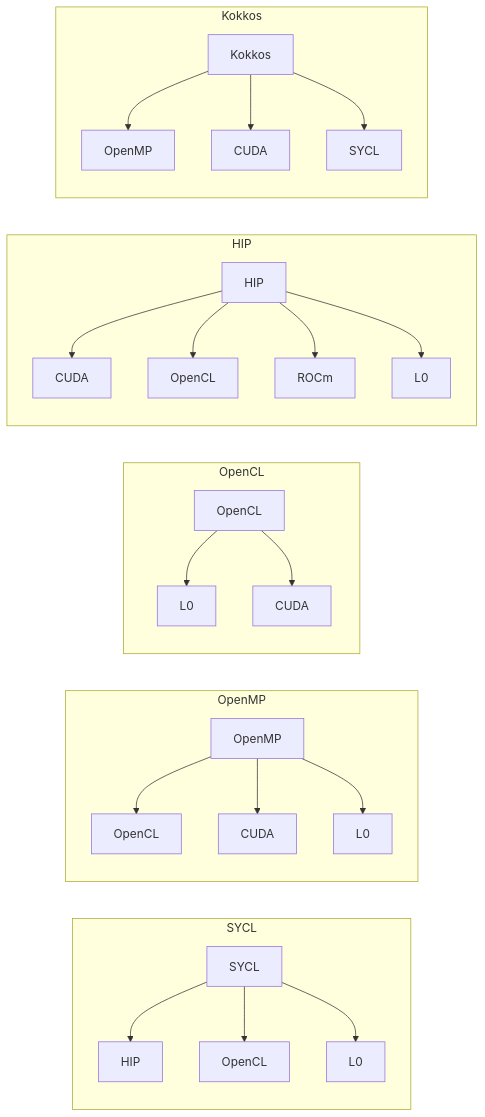
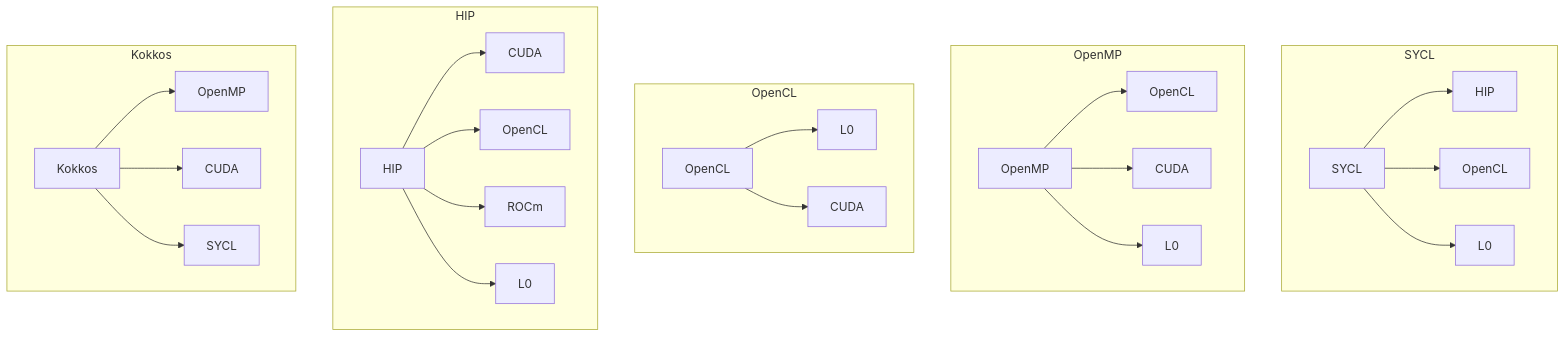
Before and after one commit to DonAurelio/notes: the first of 2 diagrams in slides/2026_TracingIAML/README.md, drawn with Mermaid.

Commit message:
Change flowchart direction in README.md
Updated flowchart direction from LR to TD in README.md.

````diff
--- a/slides/2026_TracingIAML/README.md
+++ b/slides/2026_TracingIAML/README.md
@@ -211,32 +211,32 @@
 ```mermaid
-flowchart LR
+flowchart TD
     subgraph SYCL_group["SYCL"]
         SYCL --> HIP1[HIP]
         SYCL --> OpenCL1[OpenCL]
         SYCL --> L01[L0]
     end
 
     subgraph OpenMP_group["OpenMP"]
         OpenMP --> OpenCL2[OpenCL]
         OpenMP --> CUDA1[CUDA]
         OpenMP --> L02[L0]
     end
 
     subgraph OpenCL_group["OpenCL"]
         OpenCL --> L03[L0]
         OpenCL --> CUDA2[CUDA]
     end
 
     subgraph HIP_group["HIP"]
         HIP --> CUDA3[CUDA]
         HIP --> OpenCL3[OpenCL]
         HIP --> ROCm1[ROCm]
         HIP --> L04[L0]
     end
 
     subgraph Kokkos_group["Kokkos"]
         Kokkos --> OpenMP2[OpenMP]
         Kokkos --> CUDA4[CUDA]
         Kokkos --> SYCL2[SYCL]
     end
 ```
````
